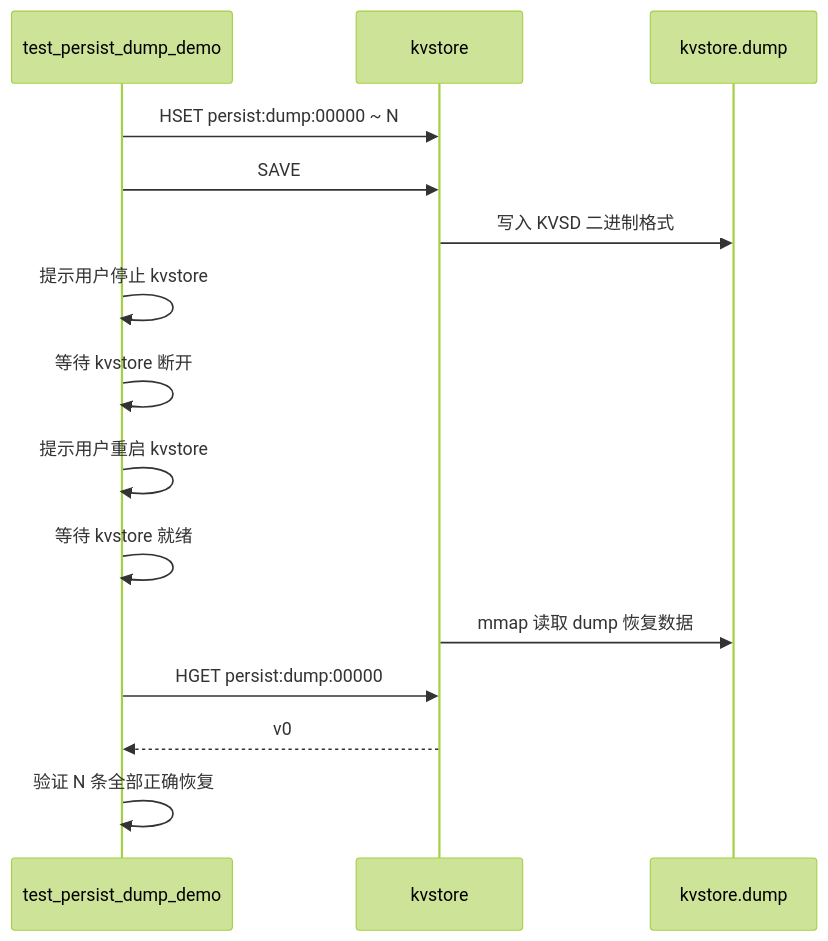
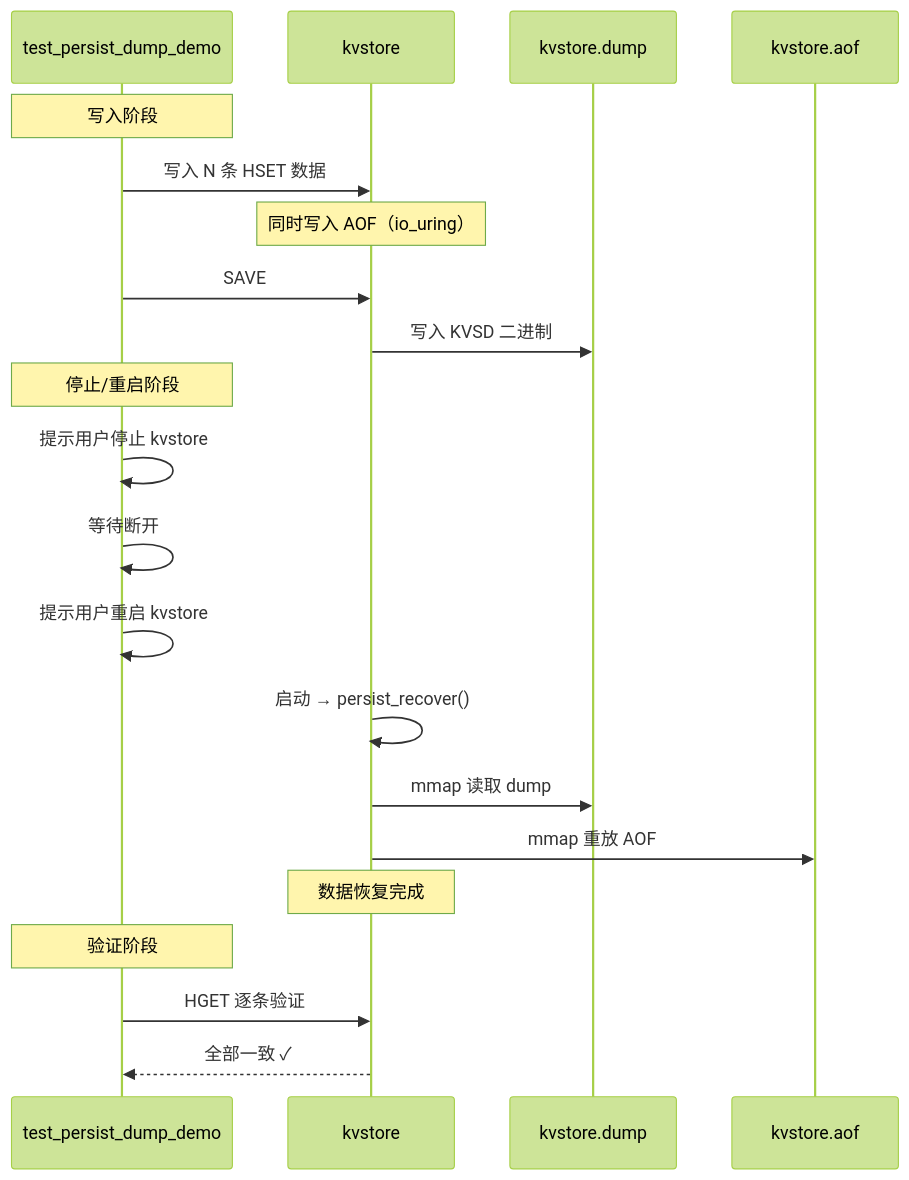
Before and after one commit to robotlover-1/kvstore: the eighth of 11 diagrams in README.md, drawn with Mermaid (forest theme). The commit also changed other lines of this file, not shown here.

````diff
--- a/README.md
+++ b/README.md
@@ -809,18 +1014,26 @@
 ```mermaid
 sequenceDiagram
     participant T as test_persist_dump_demo
     participant K as kvstore
     participant D as kvstore.dump
+    participant A as kvstore.aof
 
-    T->>K: HSET persist:dump:00000 ~ N
+    Note over T: 写入阶段
+    T->>K: 写入 N 条 HSET 数据
+    Note over K: 同时写入 AOF（io_uring）
     T->>K: SAVE
-    K->>D: 写入 KVSD 二进制格式
+    K->>D: 写入 KVSD 二进制
+
+    Note over T: 停止/重启阶段
     T->>T: 提示用户停止 kvstore
-    T->>T: 等待 kvstore 断开
+    T->>T: 等待断开
     T->>T: 提示用户重启 kvstore
-    T->>T: 等待 kvstore 就绪
-    K->>D: mmap 读取 dump 恢复数据
-    T->>K: HGET persist:dump:00000
-    K-->>T: v0
-    T->>T: 验证 N 条全部正确恢复
+    K->>K: 启动 → persist_recover()
+    K->>D: mmap 读取 dump
+    K->>A: mmap 重放 AOF
+    Note over K: 数据恢复完成
+
+    Note over T: 验证阶段
+    T->>K: HGET 逐条验证
+    K-->>T: 全部一致 ✓
 ```
````
